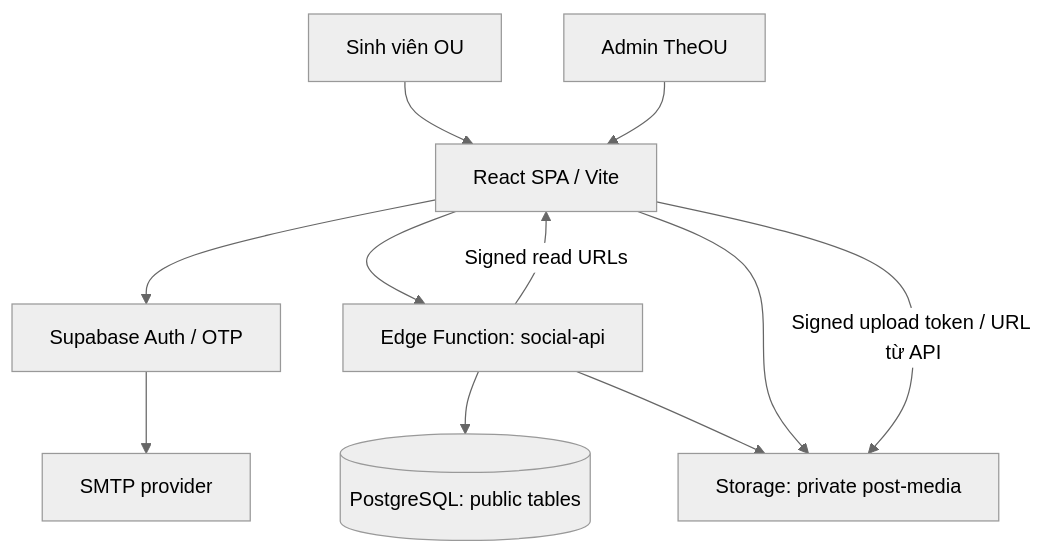
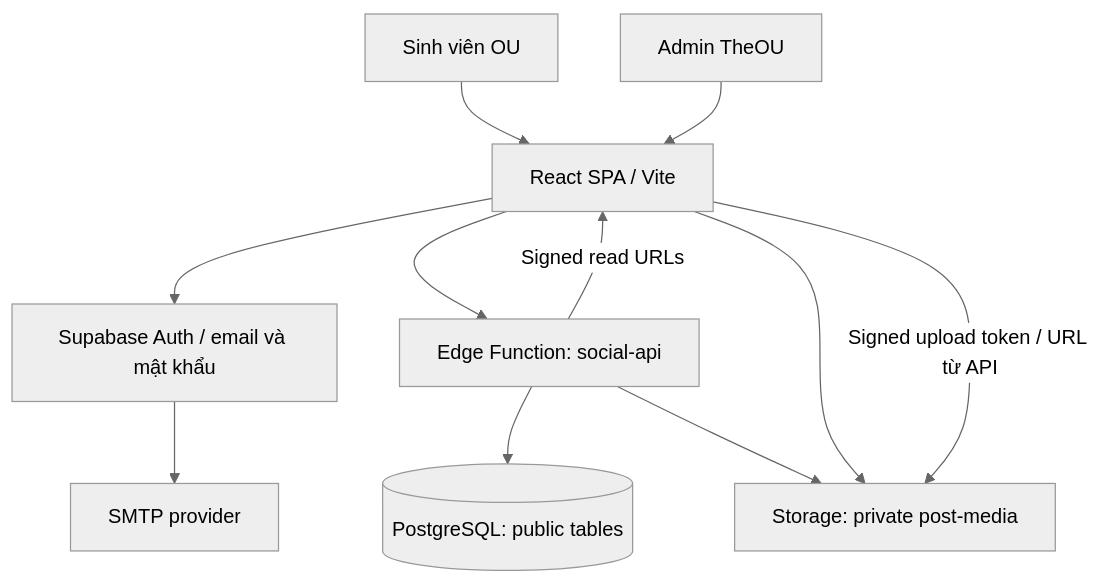
The first of 2 diagrams in docs/04-ARCHITECTURE.md (NgnTienDat/TheOU), drawn with Mermaid (neutral theme) before and after one commit. The commit also changed other lines of this file and 37 other files, not shown here.

````diff
--- a/docs/04-ARCHITECTURE.md
+++ b/docs/04-ARCHITECTURE.md
@@ -26,13 +26,13 @@
 ```mermaid
 flowchart TD
   U[Sinh viên OU] --> WEB[React SPA / Vite]
-  WEB --> AUTH[Supabase Auth / OTP]
+  WEB --> AUTH[Supabase Auth / email và mật khẩu]
   WEB --> API[Edge Function: social-api]
   API --> PG[(PostgreSQL: public tables)]
   API --> ST[Storage: private post-media]
   WEB --> ST
   AUTH --> SMTP[SMTP provider]
   WEB --> |Signed upload token / URL từ API| ST
   API --> |Signed read URLs| WEB
   ADMIN[Admin TheOU] --> WEB
 ```
````
